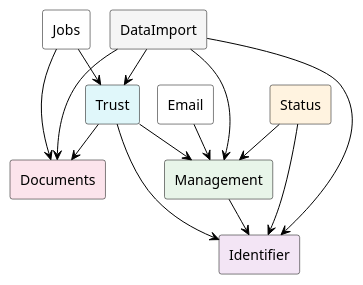
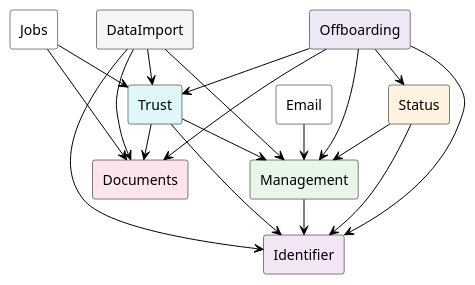
One commit to swiyu-admin-ch/swiyu-core-business-service changed the diagram in docs/models/core-business-modules.puml. Above: the diagram before and after it, drawn with PlantUML. The commit also changed 49 other files, not shown here.

```diff
--- a/docs/models/core-business-modules.puml
+++ b/docs/models/core-business-modules.puml
@@ -1,47 +1,54 @@
 @startuml module-dependencies
 
 !pragma layout smetana
 
 skinparam componentStyle rectangle
 skinparam ComponentBackgroundColor White
 skinparam ComponentBorderColor Black
 skinparam ArrowColor Black
 skinparam defaultFontName Arial
 
 ' ========================
 ' MODULES
 ' ========================
 
 component "Jobs" as jobs
 component "Email" as email
 component "Management" as management #E8F5E9
 component "Status" as status #FFF3E0
 component "Identifier" as identifier #F3E5F5
 component "Documents" as documents #FCE4EC
 component "Trust" as trust #E0F7FA
 component "DataImport" as dataimport #F5F5F5
+component "Offboarding" as offboarding #EDE7F6
 
 ' ========================
 ' DEPENDENCIES
 ' ========================
 
 management --> identifier
 
 status --> identifier
 status --> management
 
 trust --> management
 trust --> identifier
 trust --> documents
 
 dataimport --> documents
 dataimport --> identifier
 dataimport --> management
 dataimport --> trust
 
 jobs --> documents
 jobs --> trust
 
 email --> management
 
+offboarding --> management
+offboarding --> status
+offboarding --> identifier
+offboarding --> documents
+offboarding --> trust
+
 @enduml
```
